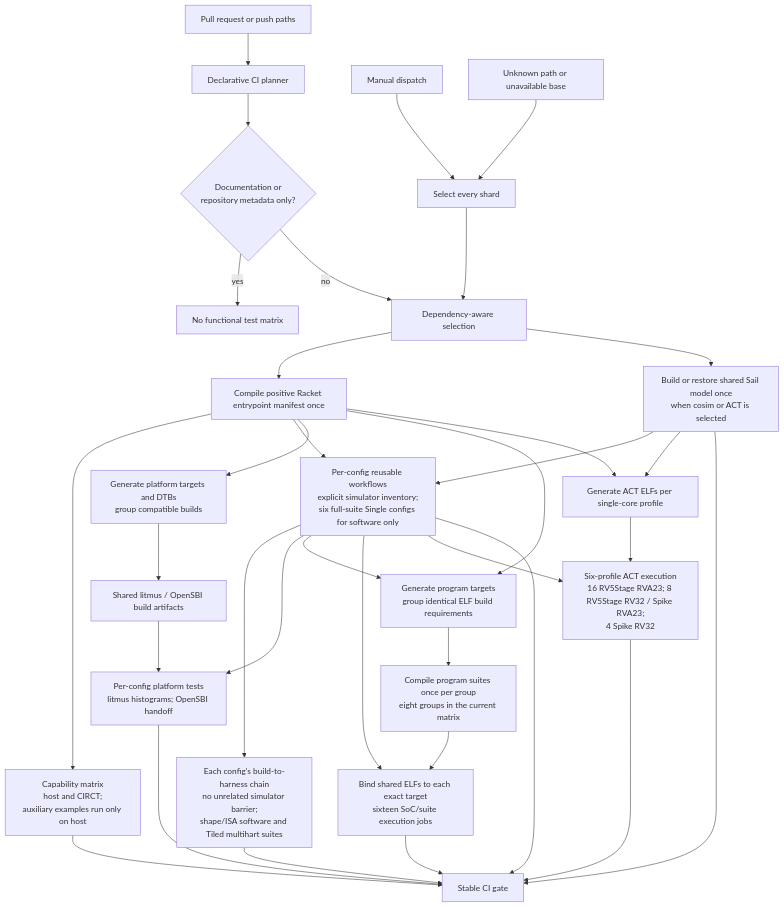
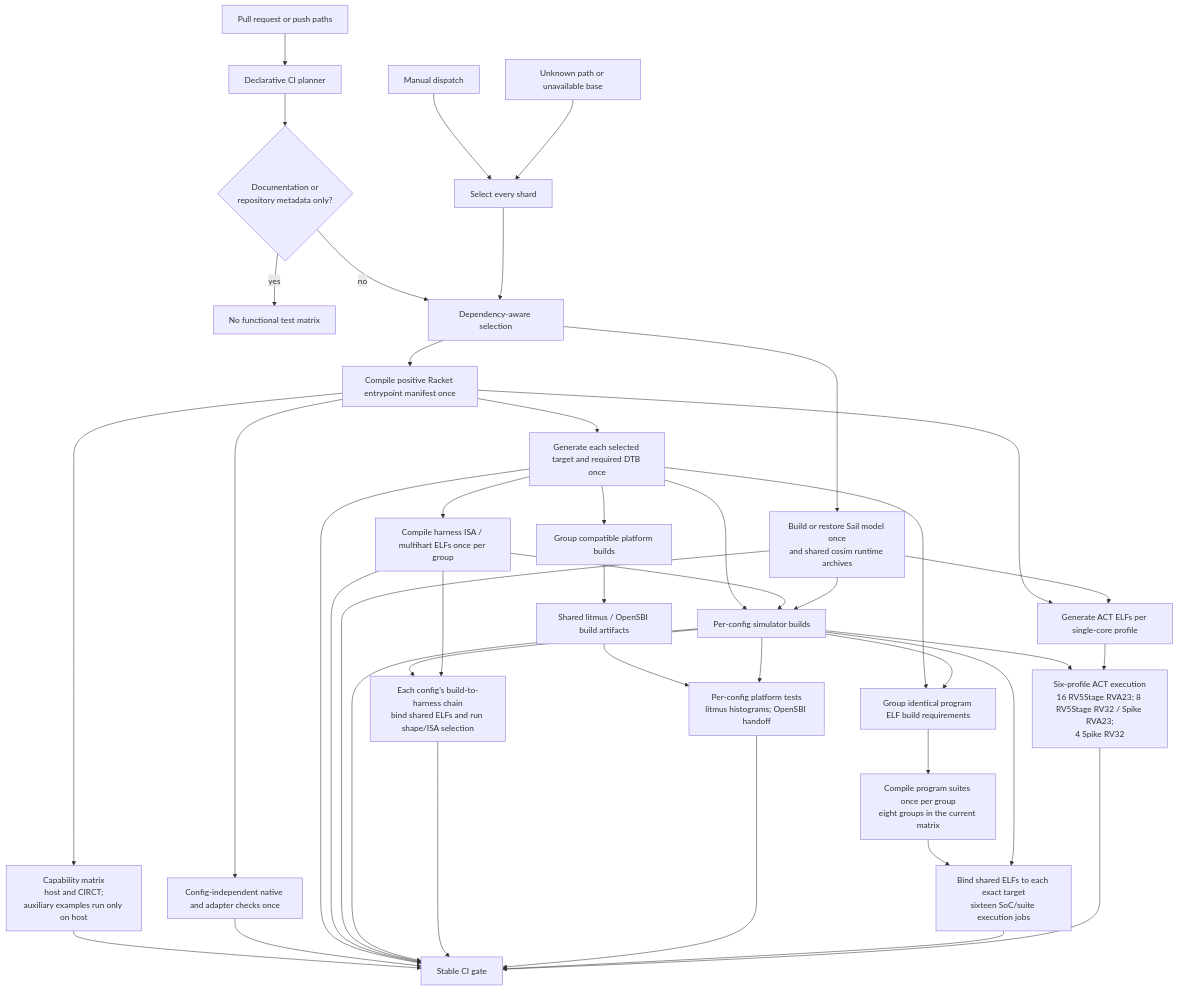
The diagram in tools/testing/DEVELOPING.md (jerryz123/rhodium), drawn with Mermaid before and after one commit. The commit also changed other lines of this file and 21 other files, not shown here.

````diff
--- a/tools/testing/DEVELOPING.md
+++ b/tools/testing/DEVELOPING.md
@@ -176,36 +194,44 @@
 ```mermaid
 flowchart TD
     Changes["Pull request or push paths"] --> Classifier["Declarative CI planner"]
     Manual["Manual dispatch"] --> All["Select every shard"]
     Unknown["Unknown path or unavailable base"] --> All
     Classifier --> Docs{"Documentation or<br/>repository metadata only?"}
     Docs -->|yes| None["No functional test matrix"]
     Docs -->|no| Selected["Dependency-aware selection"]
     All --> Selected
     Selected --> Compile["Compile positive Racket entrypoint manifest once"]
-    Selected --> Sail["Build or restore shared Sail model once<br/>when cosim or ACT is selected"]
+    Selected --> Sail["Build or restore Sail model once<br/>and shared cosim runtime archives"]
     Compile --> Checks["Capability matrix<br/>host and CIRCT;<br/>auxiliary examples run only on host"]
-    Compile --> Simulators["Per-config reusable workflows<br/>explicit simulator inventory;<br/>six full-suite Single configs for software only"]
+    Compile --> Native["Config-independent native and adapter checks once"]
+    Compile --> Targets["Generate each selected target and required DTB once"]
+    Targets --> HarnessBuilds["Compile harness ISA / multihart ELFs once per group"]
+    Targets --> Simulators["Per-config simulator builds"]
+    HarnessBuilds --> Simulators
     Sail --> Simulators
-    Simulators --> Simulation["Each config's build-to-harness chain<br/>no unrelated simulator barrier;<br/>shape/ISA software and Tiled multihart suites"]
-    Compile --> PlatformTargets["Generate platform targets and DTBs<br/>group compatible builds"]
+    Simulators --> Simulation["Each config's build-to-harness chain<br/>bind shared ELFs and run shape/ISA selection"]
+    HarnessBuilds --> Simulation
+    Targets --> PlatformTargets["Group compatible platform builds"]
     PlatformTargets --> PlatformBuilds["Shared litmus / OpenSBI build artifacts"]
     PlatformBuilds --> Platform["Per-config platform tests<br/>litmus histograms; OpenSBI handoff"]
     Simulators --> Platform
-    Compile --> ProgramTargets["Generate program targets<br/>group identical ELF build requirements"]
+    Targets --> ProgramTargets["Group identical program ELF build requirements"]
     Simulators --> ProgramTargets
     ProgramTargets --> ProgramBuilds["Compile program suites once per group<br/>eight groups in the current matrix"]
     ProgramBuilds --> Programs["Bind shared ELFs to each exact target<br/>sixteen SoC/suite execution jobs"]
     Simulators --> Programs
     Compile --> ActBuild["Generate ACT ELFs per single-core profile"]
     Sail --> ActBuild
     Simulators --> ActRun["Six-profile ACT execution<br/>16 RV5Stage RVA23; 8 RV5Stage RV32 / Spike RVA23;<br/>4 Spike RV32"]
     ActBuild --> ActRun
     Checks --> Gate["Stable CI gate"]
+    Native --> Gate
+    Targets --> Gate
+    HarnessBuilds --> Gate
     Sail --> Gate
     Simulators --> Gate
     Simulation --> Gate
     Platform --> Gate
     Programs --> Gate
     ActRun --> Gate
 ```
````
